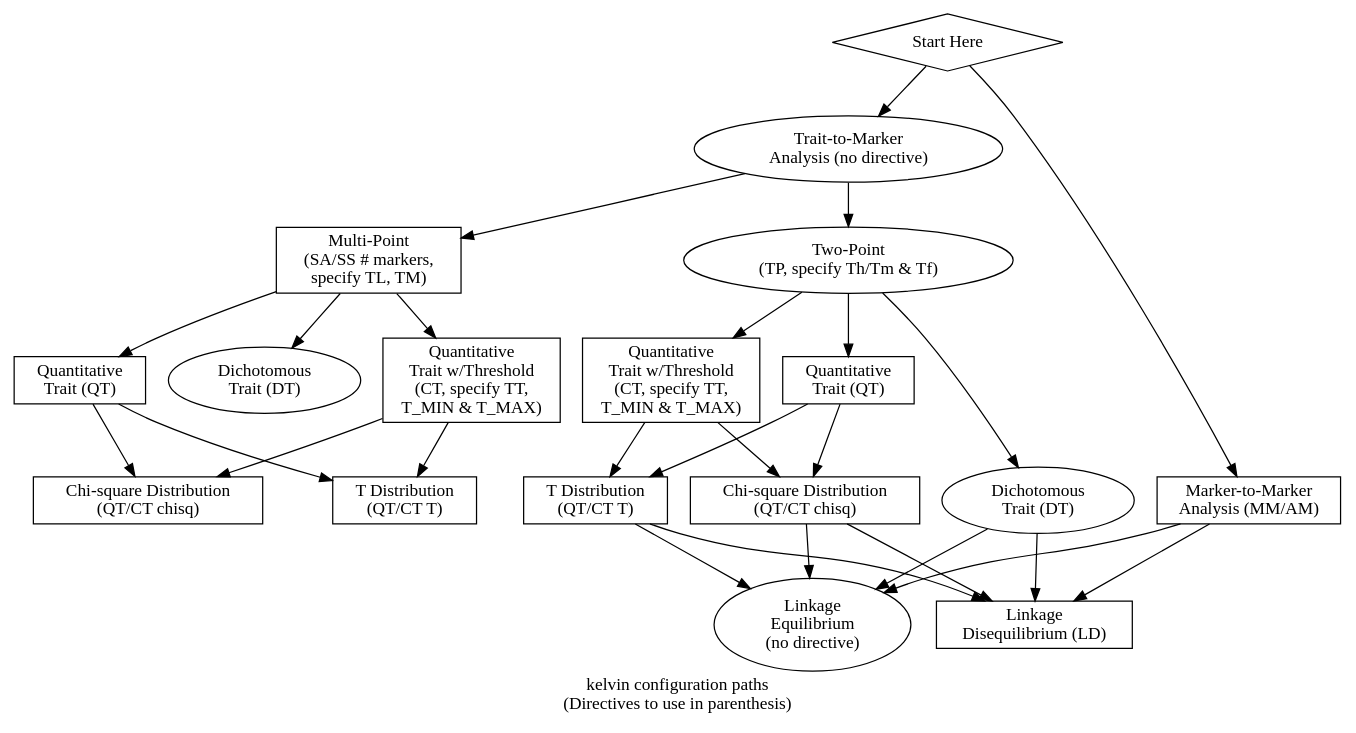
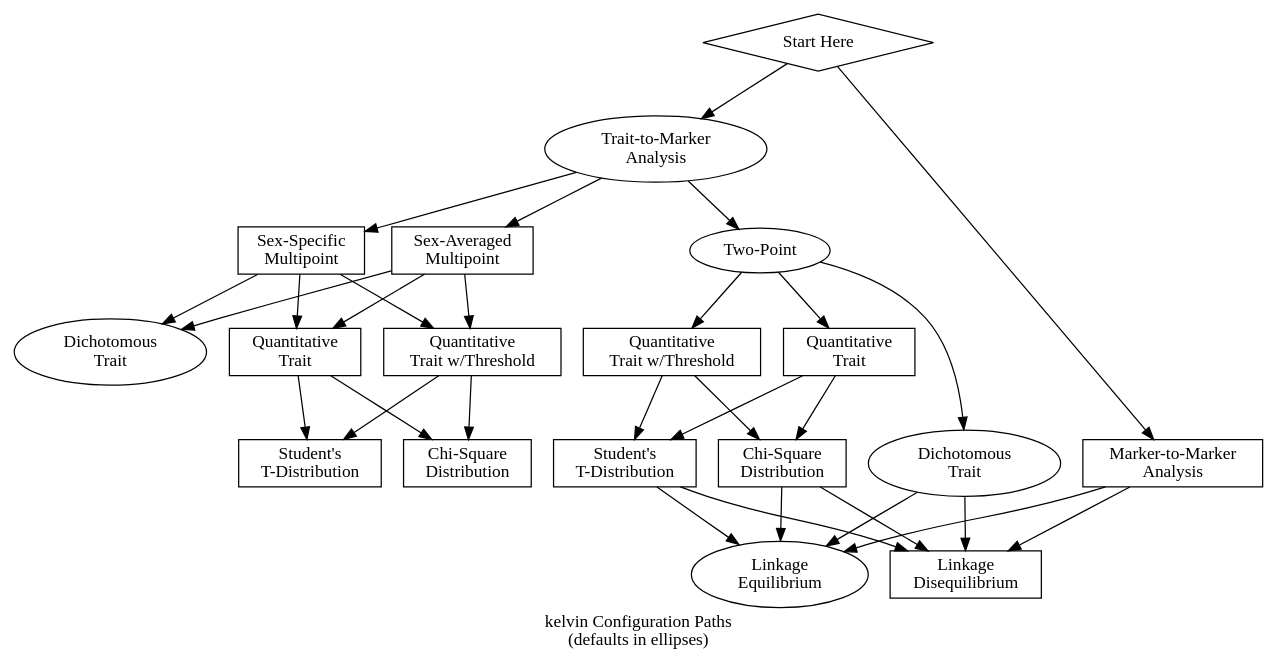
Before and after one commit to MathematicalMedicine/kelvin: the diagram in doc/config.dot, drawn with Graphviz. The commit also changed 2 other files, not shown here.

```diff
--- a/doc/config.dot
+++ b/doc/config.dot
@@ -1,48 +1,53 @@
 digraph kelvin_conf {
-	label="kelvin configuration paths\n(Directives to use in parenthesis)"
+	label="kelvin Configuration Paths\n(defaults in ellipses)"
 	"start" [shape=diamond, label="Start Here", height=.1, width=.1] ;
-	"MM" [shape=box, label="Marker-to-Marker\nAnalysis (MM/AM)"] ;
-	"TM" [shape=ellipse, label="Trait-to-Marker\nAnalysis (no directive)"] ;
-	"TP" [shape=ellipse, label="Two-Point\n(TP, specify Th/Tm & Tf)"] ;
-	"DTTP" [shape=ellipse, label="Dichotomous\nTrait (DT)"] ;
-	"DTMP" [shape=ellipse, label="Dichotomous\nTrait (DT)"] ;
-	"LE" [shape=ellipse, label="Linkage\nEquilibrium\n(no directive)"] ;
-	"MP" [shape=box, label="Multi-Point\n(SA/SS # markers,\nspecify TL, TM)"] ;
-	"QTTP" [shape=box, label="Quantitative\nTrait (QT)"] ;
-	"QTMP" [shape=box, label="Quantitative\nTrait (QT)"] ;
-	"LD" [shape=box, label="Linkage\nDisequilibrium (LD)"] ;
-	"CTTP" [shape=box, label="Quantitative\nTrait w/Threshold\n(CT, specify TT,\nT_MIN & T_MAX)"] ;
-	"CTMP"  [shape=box, label="Quantitative\nTrait w/Threshold\n (CT, specify TT,\nT_MIN & T_MAX)"] ;
-	"CS" [shape=box, label="Chi-square Distribution\n(QT/CT chisq)"] ;
-	"TD" [shape=box, label="T Distribution\n(QT/CT T)"] ;
-	"CSTP" [shape=box, label="Chi-square Distribution\n(QT/CT chisq)"] ;
-	"TDTP" [shape=box, label="T Distribution\n(QT/CT T)"] ;
+	"MM" [shape=box, label="Marker-to-Marker\nAnalysis"] ;
+	"TM" [shape=ellipse, label="Trait-to-Marker\nAnalysis"] ;
+	"TP" [shape=ellipse, label="Two-Point"] ;
+	"DTTP" [shape=ellipse, label="Dichotomous\nTrait"] ;
+	"DTMP" [shape=ellipse, label="Dichotomous\nTrait"] ;
+	"LE" [shape=ellipse, label="Linkage\nEquilibrium\n"] ;
+	"SA" [shape=box, label="Sex-Averaged\nMultipoint"] ;
+	"SS" [shape=box, label="Sex-Specific\nMultipoint"] ;
+	"QTTP" [shape=box, label="Quantitative\nTrait"] ;
+	"QTMP" [shape=box, label="Quantitative\nTrait"] ;
+	"LD" [shape=box, label="Linkage\nDisequilibrium"] ;
+	"CTTP" [shape=box, label="Quantitative\nTrait w/Threshold"] ;
+	"CTMP"  [shape=box, label="Quantitative\nTrait w/Threshold"] ;
+	"CS" [shape=box, label="Chi-Square\nDistribution"] ;
+	"TD" [shape=box, label="Student's\nT-Distribution"] ;
+	"CSTP" [shape=box, label="Chi-Square\nDistribution"] ;
+	"TDTP" [shape=box, label="Student's\nT-Distribution"] ;
 
 	"start" -> "MM" ;
 	"start" -> "TM" ;
 	"MM" -> "LE" ;
 	"MM" -> "LD" ;
 	"TM" -> "TP" ;
-	"TM" -> "MP" ;
+	"TM" -> "SA" ;
+	"TM" -> "SS" ;
 	"TP" -> "DTTP" ;
 	"TP" -> "QTTP" ;
 	"TP" -> "CTTP" ;
-	"MP" -> "DTMP" ;
-	"MP" -> "QTMP" ;
-	"MP" -> "CTMP" ;
+	"SA" -> "DTMP" ;
+	"SA" -> "QTMP" ;
+	"SA" -> "CTMP" ;
+	"SS" -> "DTMP" ;
+	"SS" -> "QTMP" ;
+	"SS" -> "CTMP" ;
 	"DTTP" -> "LE" ;
 	"DTTP" -> "LD" ;
 	"CTTP" -> "CSTP" ;
 	"CTTP" -> "TDTP" ;
 	"QTTP" -> "CSTP" ;
 	"QTTP" -> "TDTP" ;
 	"QTMP" -> "CS" ;
 	"QTMP" -> "TD" ;
 	"CTMP" -> "CS" ;
 	"CTMP" -> "TD" ;
 	"CSTP" -> "LE" ;
 	"CSTP" -> "LD" ;
 	"TDTP" -> "LE" ;
 	"TDTP" -> "LD" ;
 
 }
```
